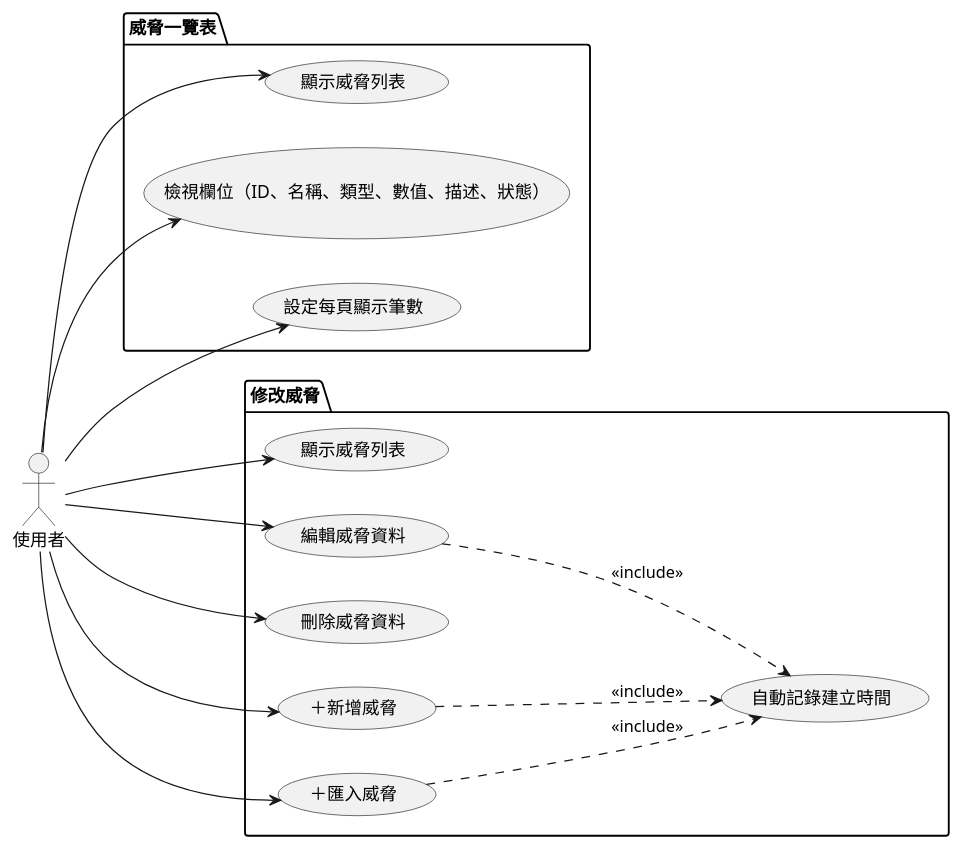
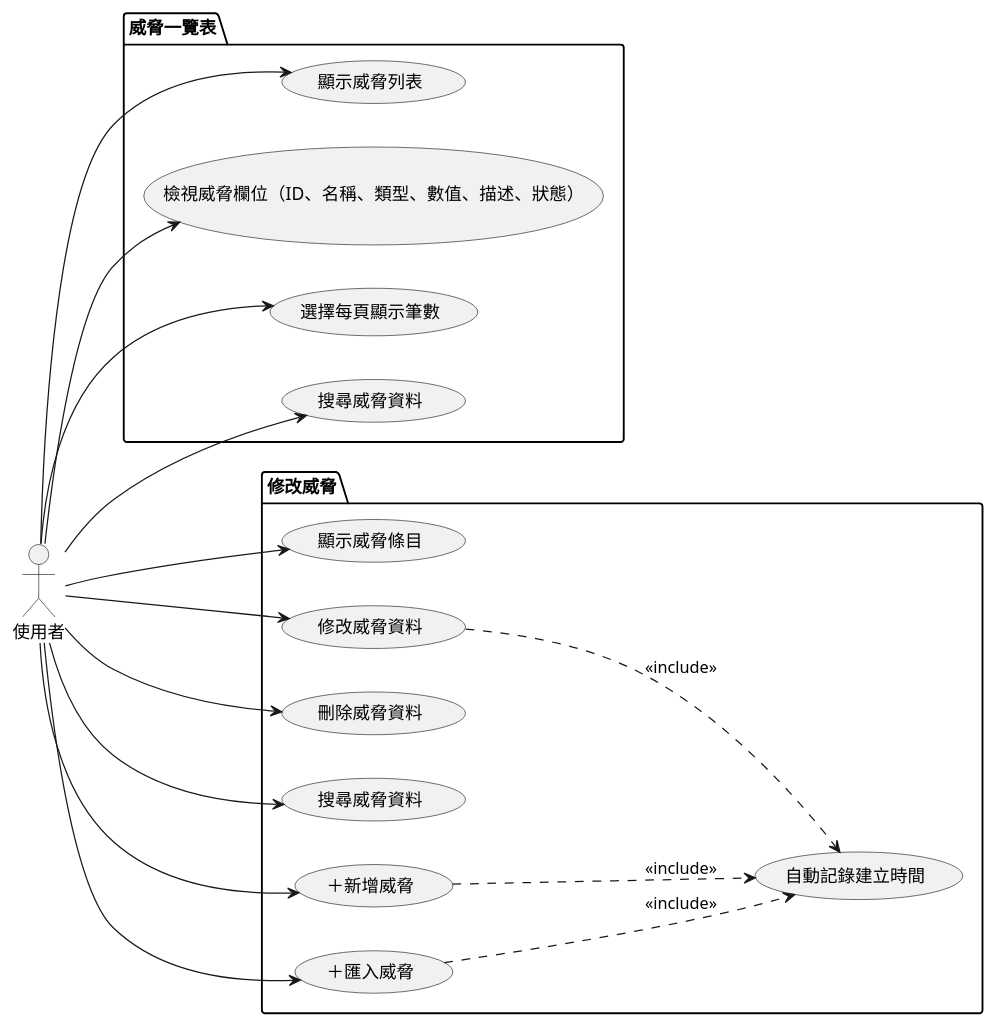
The diagram in mermaid/use_case/threat_overview&edit.puml (walle45611/NTUB_SecuManag_Diagram), drawn with PlantUML before and after one commit. The commit also changed 6 other files, not shown here.

```diff
--- a/mermaid/use_case/threat_overview&edit.puml
+++ b/mermaid/use_case/threat_overview&edit.puml
@@ -1,35 +1,39 @@
 @startuml
 
 left to right direction
 
 actor 使用者
 
 package "威脅一覽表" {
     usecase "顯示威脅列表" as UC1
-    usecase "檢視欄位（ID、名稱、類型、數值、描述、狀態）" as UC2
-    usecase "設定每頁顯示筆數" as UC3
+    usecase "檢視威脅欄位（ID、名稱、類型、數值、描述、狀態）" as UC2
+    usecase "選擇每頁顯示筆數" as UC3
+    usecase "搜尋威脅資料" as UC4
 }
 
 package "修改威脅" {
-    usecase "顯示威脅列表" as UC4
-    usecase "編輯威脅資料" as UC5
-    usecase "刪除威脅資料" as UC6
-    usecase "＋新增威脅" as UC7
-    usecase "＋匯入威脅" as UC8
-    usecase "自動記錄建立時間" as UC9
+    usecase "顯示威脅條目" as UC5
+    usecase "修改威脅資料" as UC6
+    usecase "刪除威脅資料" as UC7
+    usecase "搜尋威脅資料" as UC8
+    usecase "＋新增威脅" as UC9
+    usecase "＋匯入威脅" as UC10
+    usecase "自動記錄建立時間" as UC11
 }
 
-UC5 .down.> UC9 : <<include>>
-UC7 .down.> UC9 : <<include>>
-UC8 .down.> UC9 : <<include>>
+UC6 .down.> UC11 : <<include>>
+UC9 .down.> UC11 : <<include>>
+UC10 .down.> UC11 : <<include>>
 
 使用者 --> UC1
 使用者 --> UC2
 使用者 --> UC3
 使用者 --> UC4
 使用者 --> UC5
 使用者 --> UC6
 使用者 --> UC7
 使用者 --> UC8
+使用者 --> UC9
+使用者 --> UC10
 
 @enduml
```
